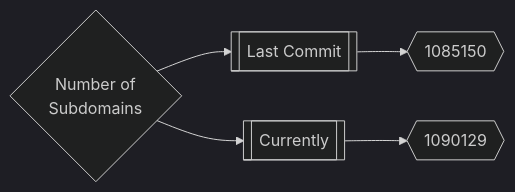
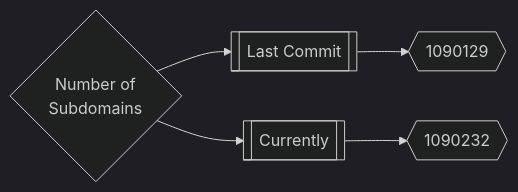
Before and after one commit to trickest/inventory: the first of 3 diagrams in README.md, drawn with Mermaid (dark theme). The commit also changed other lines of this file, not shown here.

Commit message:
Update Thu Mar 31 10:04:01 UTC 2022

````diff
--- a/README.md
+++ b/README.md
@@ -165,5 +165,5 @@
 ```mermaid
 graph LR
-title{Number of<br>Subdomains} --> subdomainsDate1[[Last Commit]] --> subdomainsNum1{{1085150}}
-title --> subdomainsDate2[[Currently]] --> subdomainsNum2{{1090129}}
+title{Number of<br>Subdomains} --> subdomainsDate1[[Last Commit]] --> subdomainsNum1{{1090129}}
+title --> subdomainsDate2[[Currently]] --> subdomainsNum2{{1090232}}
 ```
````
